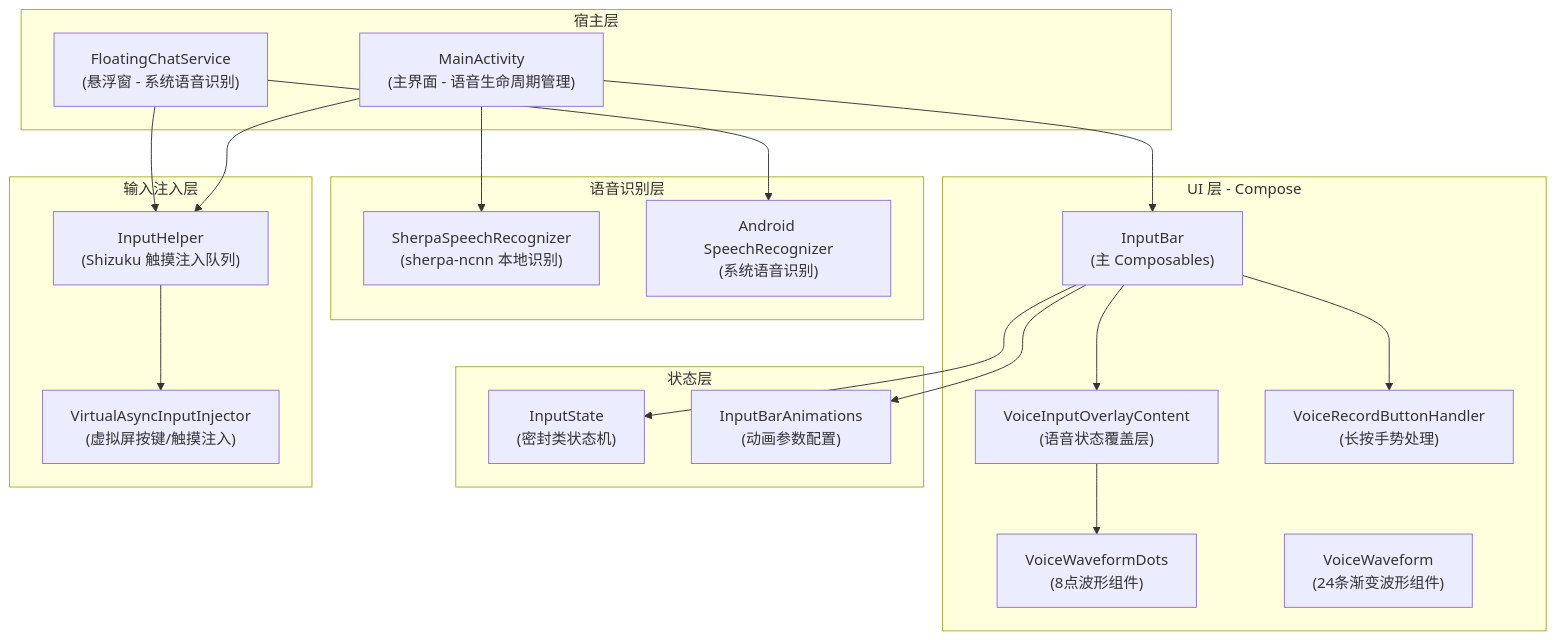
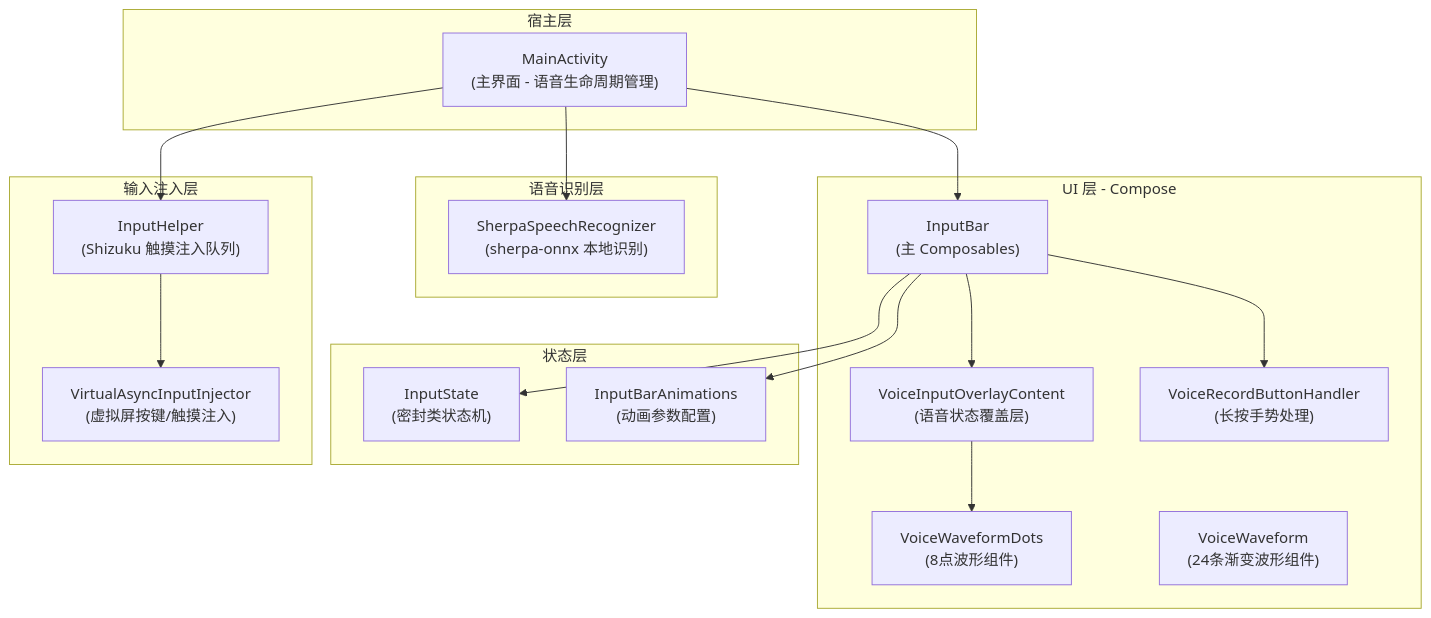
The first of 4 diagrams in Aries-site/docs/对话系统/输入栏与语音波形.md (ZG0704666/Aries-AI), drawn with Mermaid before and after one commit. The commit also changed other lines of this file and 82 other files, not shown here.

````diff
--- a/Aries-site/docs/对话系统/输入栏与语音波形.md
+++ b/Aries-site/docs/对话系统/输入栏与语音波形.md
@@ -25,43 +25,39 @@
 ```mermaid
 flowchart TD
     subgraph UI["UI 层 - Compose"]
         InputBar["InputBar<br/>(主 Composables)"]
         VoiceOverlay["VoiceInputOverlayContent<br/>(语音状态覆盖层)"]
         VoiceWaveDots["VoiceWaveformDots<br/>(8点波形组件)"]
         VoiceWaveBars["VoiceWaveform<br/>(24条渐变波形组件)"]
         VoiceRecordBtn["VoiceRecordButtonHandler<br/>(长按手势处理)"]
     end
 
     subgraph State["状态层"]
         InputState["InputState<br/>(密封类状态机)"]
         InputBarAnim["InputBarAnimations<br/>(动画参数配置)"]
     end
 
     subgraph Host["宿主层"]
         MainActivity["MainActivity<br/>(主界面 - 语音生命周期管理)"]
-        FloatingChat["FloatingChatService<br/>(悬浮窗 - 系统语音识别)"]
     end
 
     subgraph Speech["语音识别层"]
-        Sherpa["SherpaSpeechRecognizer<br/>(sherpa-ncnn 本地识别)"]
-        SystemSR["Android SpeechRecognizer<br/>(系统语音识别)"]
+        Sherpa["SherpaSpeechRecognizer<br/>(sherpa-onnx 本地识别)"]
     end
 
     subgraph Input["输入注入层"]
         InputHelper["InputHelper<br/>(Shizuku 触摸注入队列)"]
         VirtualInjector["VirtualAsyncInputInjector<br/>(虚拟屏按键/触摸注入)"]
     end
 
     InputBar --> InputState
     InputBar --> InputBarAnim
     InputBar --> VoiceOverlay
     InputBar --> VoiceRecordBtn
     VoiceOverlay --> VoiceWaveDots
 
     MainActivity --> InputBar
     MainActivity --> Sherpa
-    FloatingChat --> SystemSR
-    FloatingChat --> InputHelper
     MainActivity --> InputHelper
     InputHelper --> VirtualInjector
 ```
````
